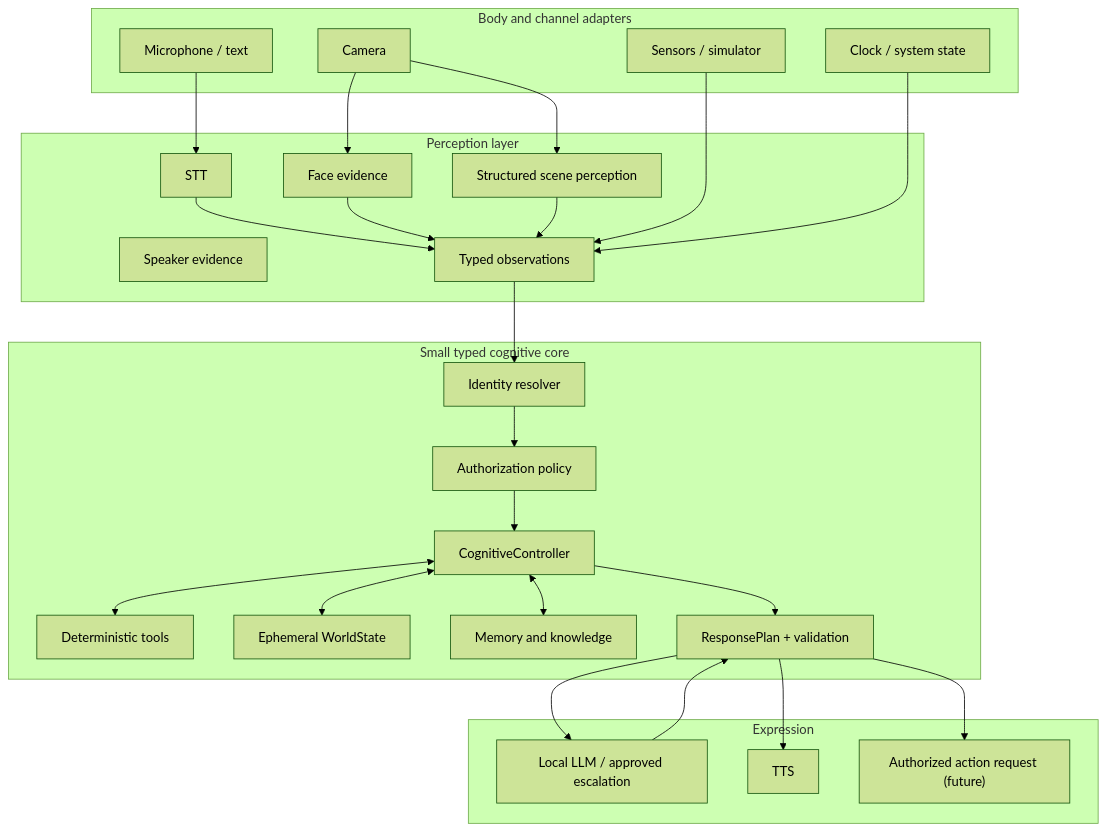
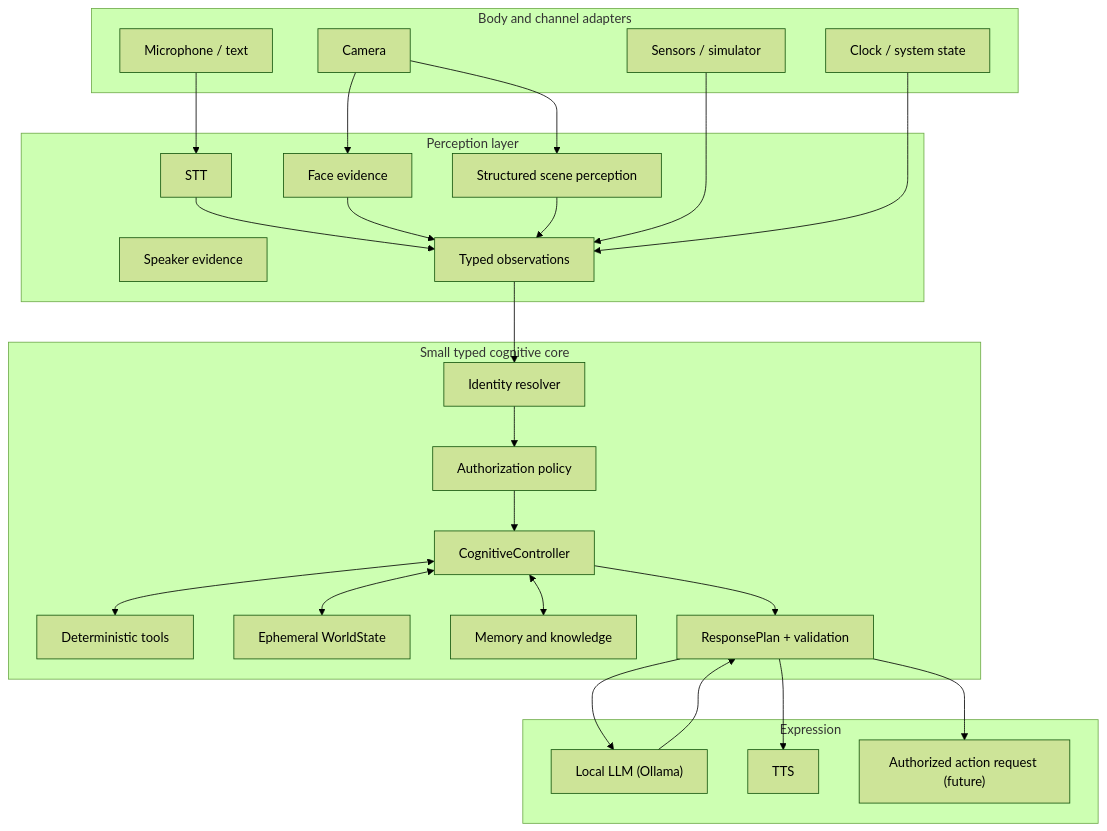
Before and after one commit to pipec80/irokorobot: the diagram in docs/architecture/cognitive-architecture.md, drawn with Mermaid (forest theme). The commit also changed other lines of this file and 8 other files, not shown here.

````diff
--- a/docs/architecture/cognitive-architecture.md
+++ b/docs/architecture/cognitive-architecture.md
@@ -100,50 +108,50 @@
 ```mermaid
 flowchart TB
     subgraph BODY["Body and channel adapters"]
         MIC["Microphone / text"]
         CAM["Camera"]
         SENSOR["Sensors / simulator"]
         SYSTEM["Clock / system state"]
     end
 
     subgraph PERCEPTION["Perception layer"]
         STT["STT"]
         FACE["Face evidence"]
         VOICE["Speaker evidence"]
         SCENE["Structured scene perception"]
         NORMALIZE["Typed observations"]
     end
 
     subgraph COGNITION["Small typed cognitive core"]
         IDENTITY["Identity resolver"]
         POLICY["Authorization policy"]
         CONTROLLER["CognitiveController"]
         TOOLS["Deterministic tools"]
         WORLD["Ephemeral WorldState"]
         MEMORY["Memory and knowledge"]
         PLAN["ResponsePlan + validation"]
     end
 
     subgraph GENERATION["Expression"]
-        LLM["Local LLM / approved escalation"]
+        LLM["Local LLM (Ollama)"]
         TTS["TTS"]
         ACTION["Authorized action request (future)"]
     end
 
     MIC --> STT --> NORMALIZE
     CAM --> FACE --> NORMALIZE
     CAM --> SCENE --> NORMALIZE
     SENSOR --> NORMALIZE
     SYSTEM --> NORMALIZE
     NORMALIZE --> IDENTITY
     IDENTITY --> POLICY
     POLICY --> CONTROLLER
     CONTROLLER <--> TOOLS
     CONTROLLER <--> WORLD
     CONTROLLER <--> MEMORY
     CONTROLLER --> PLAN
     PLAN --> LLM
     LLM --> PLAN
     PLAN --> TTS
     PLAN --> ACTION
 ```
````
